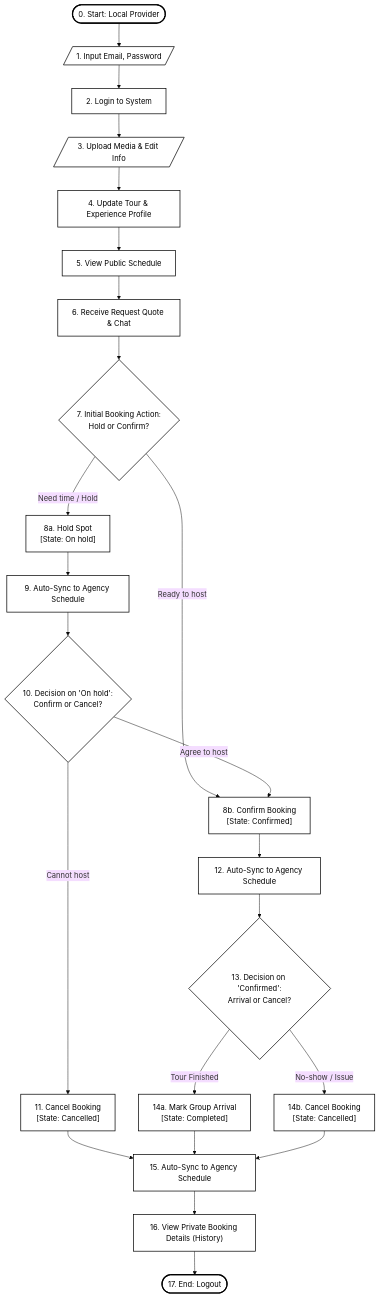
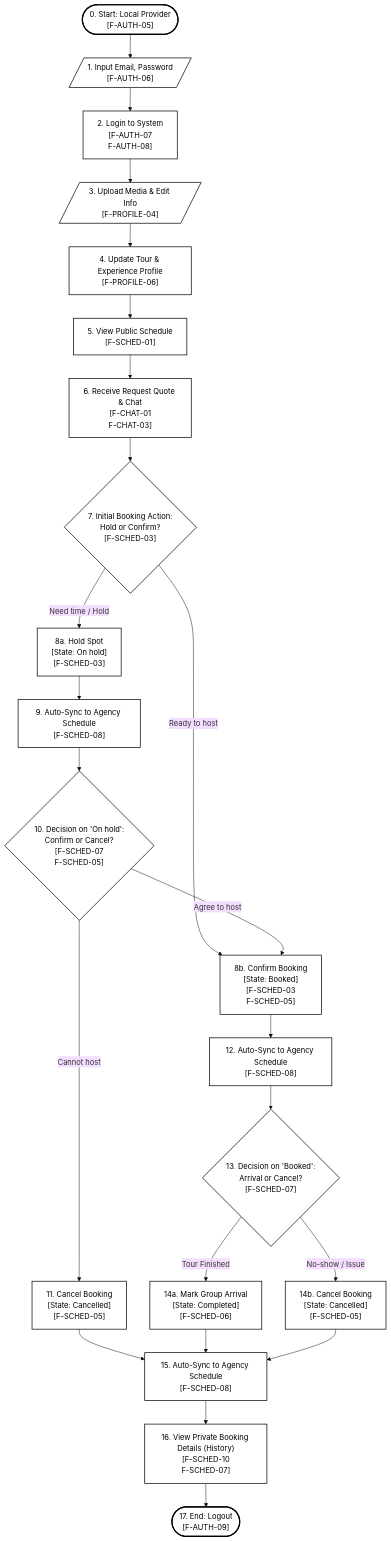
One commit to JustACertainBlue/dbiz3-team-g changed the fourth of 4 diagrams in docs/spec/docs/architecture/usage flow.md. Above: the diagram before and after it, drawn with Mermaid (base theme). The commit also changed other lines of this file, not shown here.

````diff
--- a/docs/spec/docs/architecture/usage flow.md
+++ b/docs/spec/docs/architecture/usage flow.md
@@ -106,51 +100,46 @@
 ```mermaid
 graph TD
   classDef default fill:#FFFFFF,stroke:#000000,stroke-width:1.5px,color:#000000;
   classDef startend fill:#FFFFFF,stroke:#000000,stroke-width:2.5px,color:#000000;
   classDef decision fill:#FFFFFF,stroke:#000000,stroke-width:1.5px,color:#000000;
-  LP_Start(["0. Start: Local Provider"])
-  LP1[/"1. Input Email, Password"/]
-  LP2["2. Login to System"]
-  LP3[/"3. Upload Media & Edit Info"/]
-  LP4["4. Update Tour & Experience Profile"]
-  LP5["5. View Public Schedule"]
-  LP6["6. Receive Request Quote & Chat"]
-  %% --- PHASE 1: INITIALIZE BOOKING ---
-  LP7{"7. Initial Booking Action:\nHold or Confirm?"}
-  LP8["8a. Hold Spot\n[State: On hold]"]
-  LP9["8b. Confirm Booking \n[State: Confirmed]"]
-  %% --- PHASE 2: MANAGE 'ON HOLD' STATE ---
-  LP_Sync1["9. Auto-Sync to Agency Schedule"]
-  LP10{"10. Decision on 'On hold':\nConfirm or Cancel?"}
-  LP11["11. Cancel Booking\n[State: Cancelled]"]
-  %% --- PHASE 3: MANAGE 'BOOKED' STATE ---
-  LP_Sync2["12. Auto-Sync to Agency Schedule"]
-  LP12{"13. Decision on 'Confirmed':\nArrival or Cancel?"}
-  LP13["14a. Mark Group Arrival\n[State: Completed]"]
-  LP14["14b. Cancel Booking\n[State: Cancelled]"]
-  %% --- PHASE 4: TERMINAL STATES & HISTORY ---
-  LP_Sync3["15. Auto-Sync to Agency Schedule"]
-  LP15["16. View Private Booking Details (History)"]
-  LP_End(["17. End: Logout"])
+  LP_Start(["0. Start: Local Provider\n[F-AUTH-05]"])
+  LP1[/"1. Input Email, Password\n[F-AUTH-06]"/]
+  LP2["2. Login to System\n[F-AUTH-07\nF-AUTH-08]"]
+  LP3[/"3. Upload Media & Edit Info\n[F-PROFILE-04]"/]
+  LP4["4. Update Tour & Experience Profile\n[F-PROFILE-06]"]
+  LP5["5. View Public Schedule\n[F-SCHED-01]"]
+  LP6["6. Receive Request Quote & Chat\n[F-CHAT-01\nF-CHAT-03]"]
+  LP7{"7. Initial Booking Action:\nHold or Confirm?\n[F-SCHED-03]"}
+  LP8["8a. Hold Spot\n[State: On hold]\n[F-SCHED-03]"]
+  LP9["8b. Confirm Booking \n[State: Booked]\n[F-SCHED-03\nF-SCHED-05]"]
+  LP_Sync1["9. Auto-Sync to Agency Schedule\n[F-SCHED-08]"]
+  LP10{"10. Decision on 'On hold':\nConfirm or Cancel?\n[F-SCHED-07\nF-SCHED-05]"}
+  LP11["11. Cancel Booking\n[State: Cancelled]\n[F-SCHED-05]"]
+  LP_Sync2["12. Auto-Sync to Agency Schedule\n[F-SCHED-08]"]
+  LP12{"13. Decision on 'Booked':\nArrival or Cancel?\n[F-SCHED-07]"}
+  LP13["14a. Mark Group Arrival\n[State: Completed]\n[F-SCHED-06]"]
+  LP14["14b. Cancel Booking\n[State: Cancelled]\n[F-SCHED-05]"]
+  LP_Sync3["15. Auto-Sync to Agency Schedule\n[F-SCHED-08]"]
+  LP15["16. View Private Booking Details (History)\n[F-SCHED-10\nF-SCHED-07]"]
+  LP_End(["17. End: Logout\n[F-AUTH-09]"])
   %% --- FLOW CONNECTIONS ---
   LP_Start --> LP1 --> LP2 --> LP3 --> LP4 --> LP5 --> LP6 --> LP7
   %% Initial Creation Routing
   LP7 -- "Need time / Hold" --> LP8
   LP7 -- "Ready to host" --> LP9
   %% On Hold Flow
   LP8 --> LP_Sync1 --> LP10
   LP10 -- "Agree to host" --> LP9
   LP10 -- "Cannot host" --> LP11
   %% Booked Flow
   LP9 --> LP_Sync2 --> LP12
   LP12 -- "Tour Finished" --> LP13
   LP12 -- "No-show / Issue" --> LP14
   %% Routing Terminal States to Final Sync & History
   LP11 --> LP_Sync3
   LP13 --> LP_Sync3
   LP14 --> LP_Sync3
   LP_Sync3 --> LP15 --> LP_End
-  %% Assign classes
   class LP_Start,LP_End startend;
   class LP7,LP10,LP12 decision;
 ```
````
